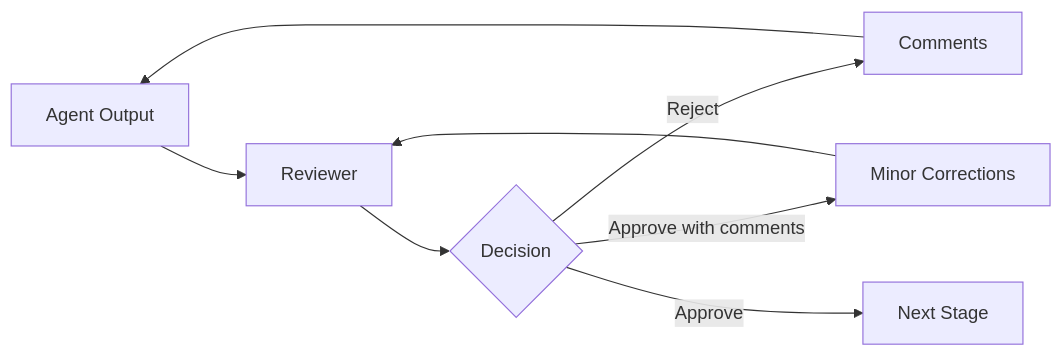
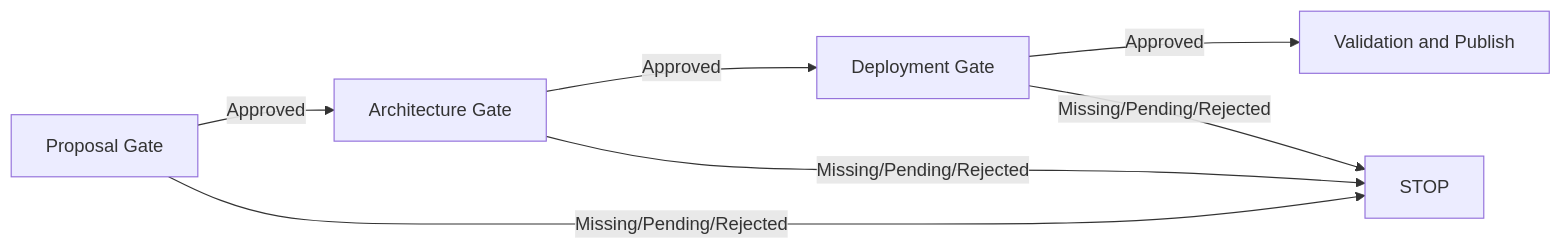
One commit to Hanish79/heartbeat-agent-platform changed the diagram in docs/05 Human Approval/README.md. Above: the diagram before and after it, drawn with Mermaid. The commit also changed other lines of this file and 45 other files, not shown here.

````diff
--- a/docs/05 Human Approval/README.md
+++ b/docs/05 Human Approval/README.md
@@ -9,10 +113,9 @@
 ```mermaid
 flowchart LR
-    A[Agent Output] --> B[Reviewer]
-    B --> C{Decision}
-    C -- Reject --> D[Comments]
-    D --> A
-    C -- Approve with comments --> E[Minor Corrections]
-    E --> B
-    C -- Approve --> F[Next Stage]
+    A[Proposal Gate] -->|Approved| B[Architecture Gate]
+    A -->|Missing/Pending/Rejected| X[STOP]
+    B -->|Approved| C[Deployment Gate]
+    B -->|Missing/Pending/Rejected| X
+    C -->|Approved| D[Validation and Publish]
+    C -->|Missing/Pending/Rejected| X
 ```
````
